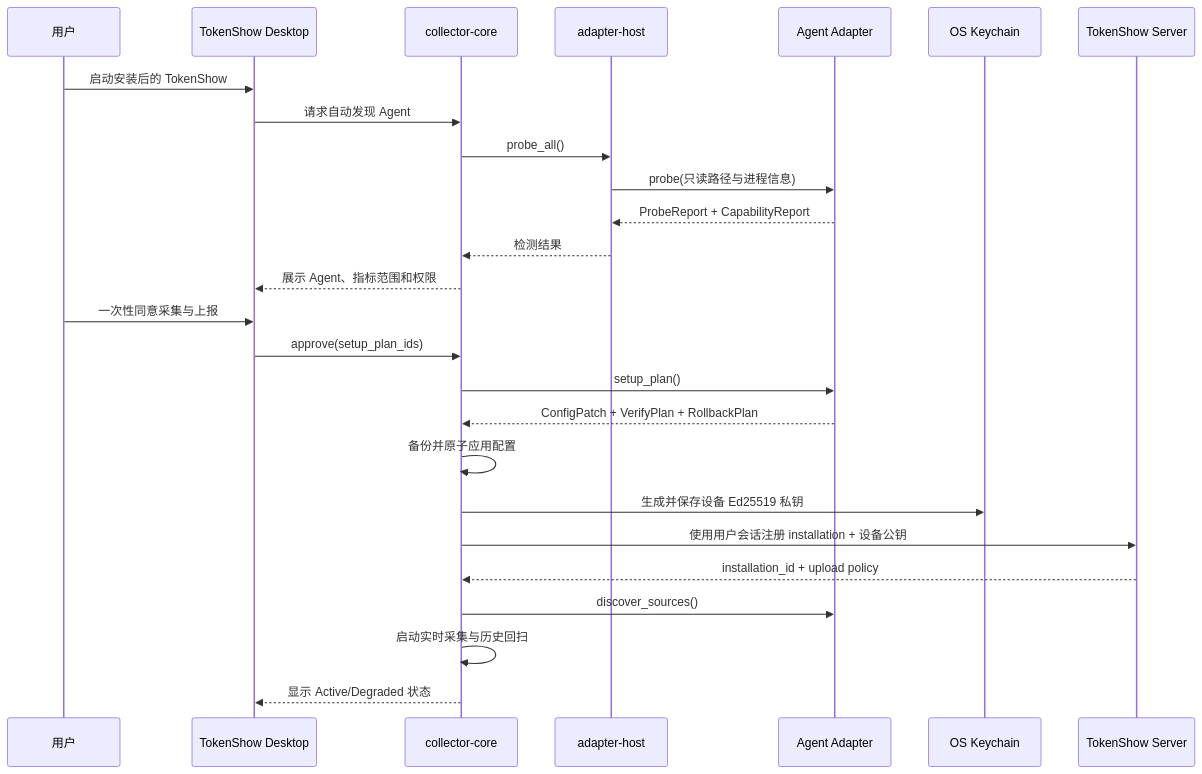
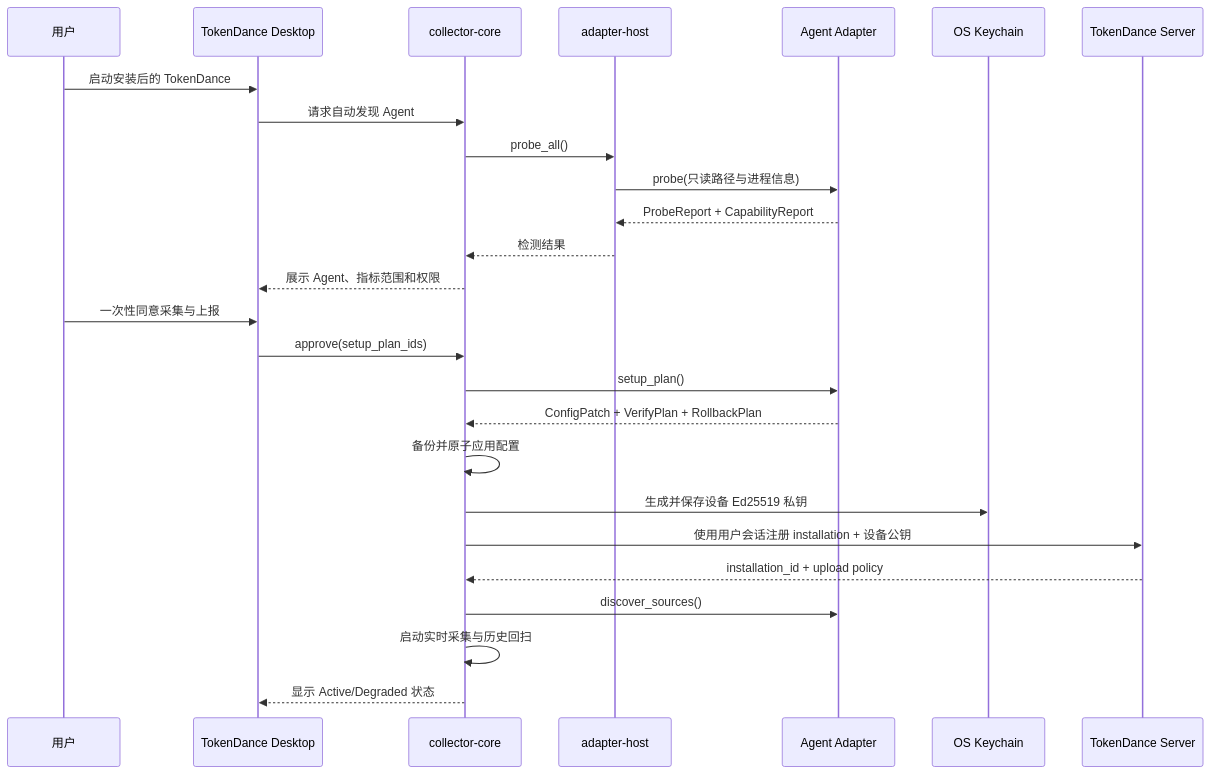
The first of 4 diagrams in docs/collector-plugin-architecture-and-acceptance.md (DarrenHoo-10/token_dance), drawn with Mermaid before and after one commit. The commit also changed other lines of this file and 7 other files, not shown here.

Commit message:
docs: complete TokenDance user system design

````diff
--- a/docs/collector-plugin-architecture-and-acceptance.md
+++ b/docs/collector-plugin-architecture-and-acceptance.md
@@ -124,29 +124,29 @@
 ```mermaid
 sequenceDiagram
     participant U as 用户
-    participant D as TokenShow Desktop
+    participant D as TokenDance Desktop
     participant C as collector-core
     participant H as adapter-host
     participant A as Agent Adapter
     participant K as OS Keychain
-    participant S as TokenShow Server
+    participant S as TokenDance Server
 
-    U->>D: 启动安装后的 TokenShow
+    U->>D: 启动安装后的 TokenDance
     D->>C: 请求自动发现 Agent
     C->>H: probe_all()
     H->>A: probe(只读路径与进程信息)
     A-->>H: ProbeReport + CapabilityReport
     H-->>C: 检测结果
     C-->>D: 展示 Agent、指标范围和权限
     U->>D: 一次性同意采集与上报
     D->>C: approve(setup_plan_ids)
     C->>A: setup_plan()
     A-->>C: ConfigPatch + VerifyPlan + RollbackPlan
     C->>C: 备份并原子应用配置
     C->>K: 生成并保存设备 Ed25519 私钥
     C->>S: 使用用户会话注册 installation + 设备公钥
     S-->>C: installation_id + upload policy
     C->>A: discover_sources()
     C->>C: 启动实时采集与历史回扫
     C-->>D: 显示 Active/Degraded 状态
 ```
````
